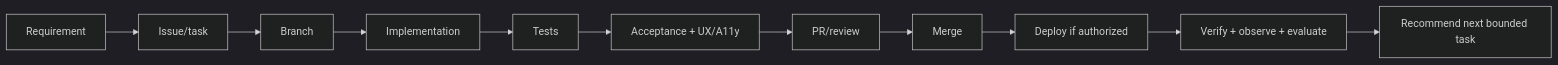
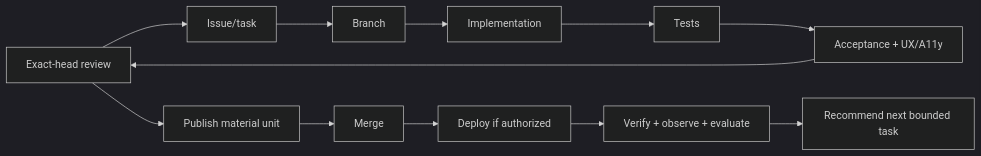
Before and after one commit to drkmtr1/nightdrive: the diagram in docs/DEVELOPMENT_WORKFLOW.md, drawn with Mermaid (dark theme). The commit also changed other lines of this file and 4 other files, not shown here.

````diff
--- a/docs/DEVELOPMENT_WORKFLOW.md
+++ b/docs/DEVELOPMENT_WORKFLOW.md
@@ -5,13 +5,13 @@
 ```mermaid
 flowchart LR
   R[Requirement] --> I[Issue/task]
   I --> B[Branch]
   B --> C[Implementation]
   C --> T[Tests]
   T --> A[Acceptance + UX/A11y]
-  A --> P[PR/review]
+  A --> R[Exact-head review] --> P[Publish material unit]
   P --> M[Merge]
   M --> D[Deploy if authorized]
   D --> V[Verify + observe + evaluate]
   V --> N[Recommend next bounded task]
 ```
````
